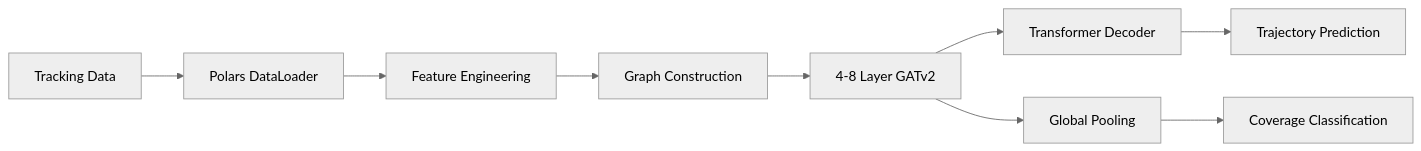
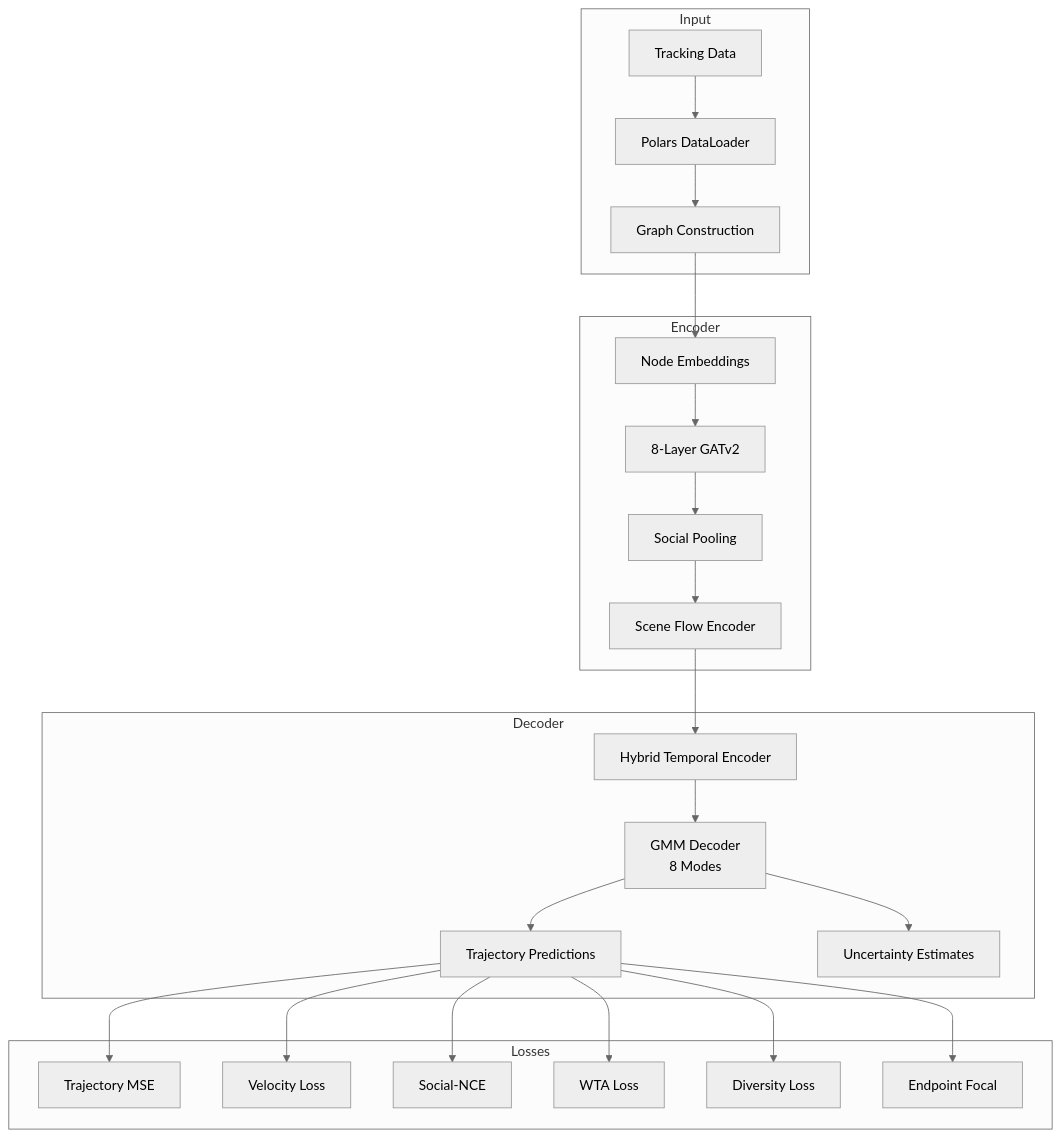
One commit to tanm-sys/NFL changed the diagram in README.md. Above: the diagram before and after it, drawn with Mermaid (neutral theme). The commit also changed other lines of this file and 9 other files, not shown here.

````diff
--- a/README.md
+++ b/README.md
@@ -99,11 +100,30 @@
 ```mermaid
-graph LR
-    Input[Tracking Data] --> Loader[Polars DataLoader]
-    Loader --> Features[Feature Engineering]
-    Features --> Graph[Graph Construction]
-    Graph --> GNN[4-8 Layer GATv2]
-    GNN --> Decoder[Transformer Decoder]
-    Decoder --> Trajectory[Trajectory Prediction]
-    GNN --> Pool[Global Pooling]
-    Pool --> Classifier[Coverage Classification]
+graph TB
+    subgraph Input
+        A[Tracking Data] --> B[Polars DataLoader]
+        B --> C[Graph Construction]
+    end
+    
+    subgraph Encoder
+        C --> D[Node Embeddings]
+        D --> E[8-Layer GATv2]
+        E --> F[Social Pooling]
+        F --> G[Scene Flow Encoder]
+    end
+    
+    subgraph Decoder
+        G --> H[Hybrid Temporal Encoder]
+        H --> I[GMM Decoder<br/>8 Modes]
+        I --> J[Trajectory Predictions]
+        I --> K[Uncertainty Estimates]
+    end
+    
+    subgraph Losses
+        J --> L1[Trajectory MSE]
+        J --> L2[Velocity Loss]
+        J --> L3[Social-NCE]
+        J --> L4[WTA Loss]
+        J --> L5[Diversity Loss]
+        J --> L6[Endpoint Focal]
+    end
 ```
````
